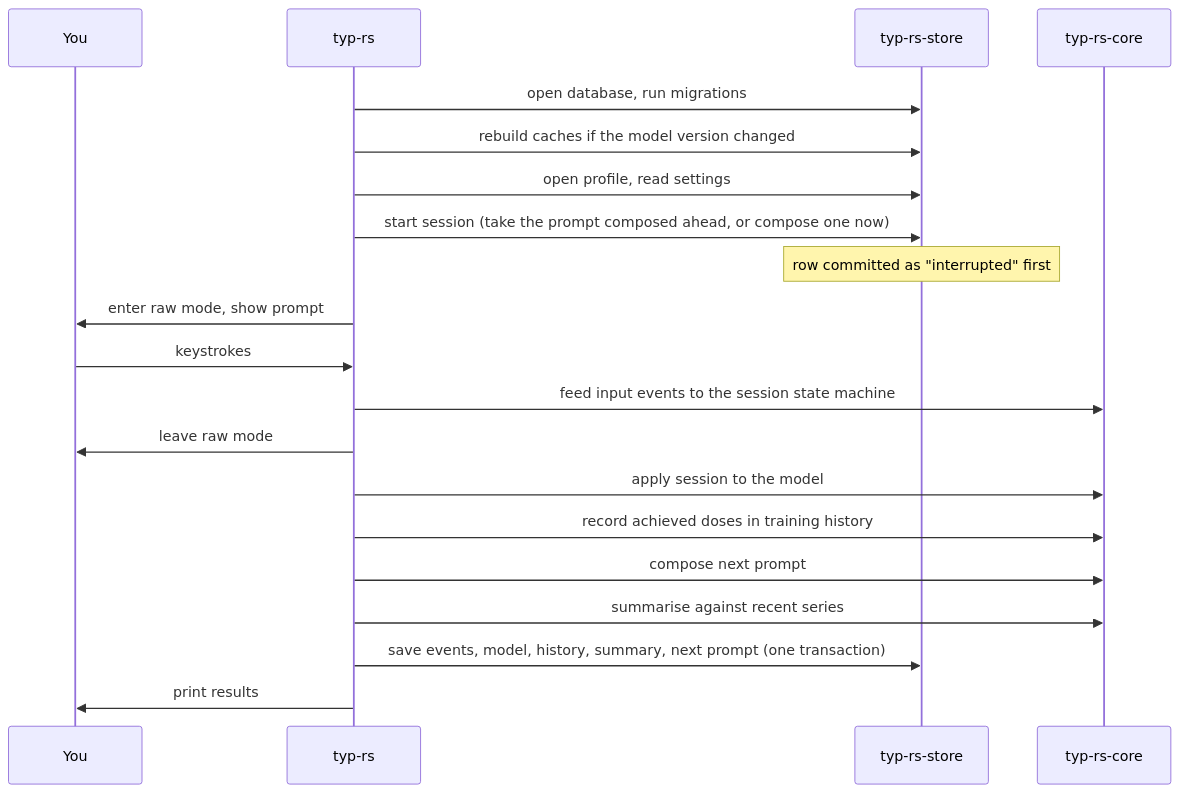
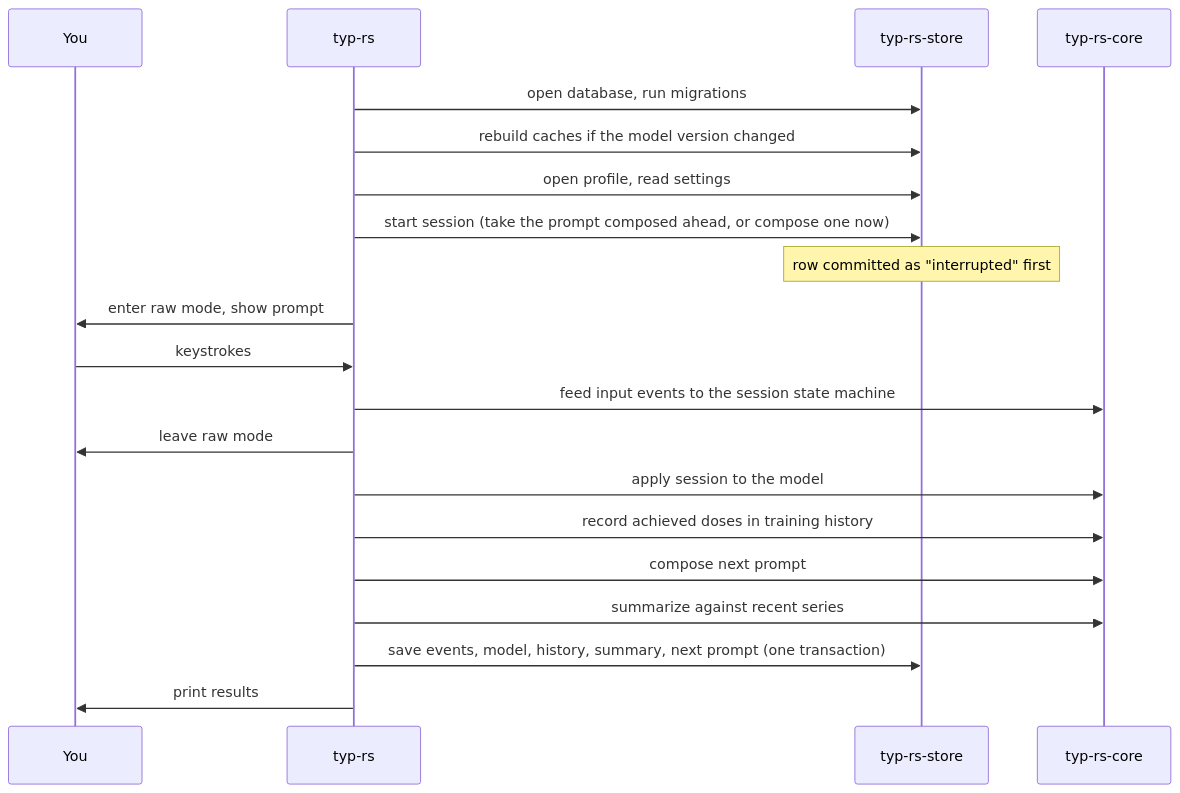
One commit to latentce/typ changed the second of 2 diagrams in docs/architecture.md. Above: the diagram before and after it, drawn with Mermaid. The commit also changed other lines of this file and 40 other files, not shown here.

````diff
--- a/docs/architecture.md
+++ b/docs/architecture.md
@@ -48,23 +48,23 @@
 ```mermaid
 sequenceDiagram
     participant U as You
     participant T as typ-rs
     participant S as typ-rs-store
     participant C as typ-rs-core
 
     T->>S: open database, run migrations
     T->>S: rebuild caches if the model version changed
     T->>S: open profile, read settings
     T->>S: start session (take the prompt composed ahead, or compose one now)
     Note over S: row committed as "interrupted" first
     T->>U: enter raw mode, show prompt
     U->>T: keystrokes
     T->>C: feed input events to the session state machine
     T->>U: leave raw mode
     T->>C: apply session to the model
     T->>C: record achieved doses in training history
     T->>C: compose next prompt
-    T->>C: summarise against recent series
+    T->>C: summarize against recent series
     T->>S: save events, model, history, summary, next prompt (one transaction)
     T->>U: print results
 ```
````
